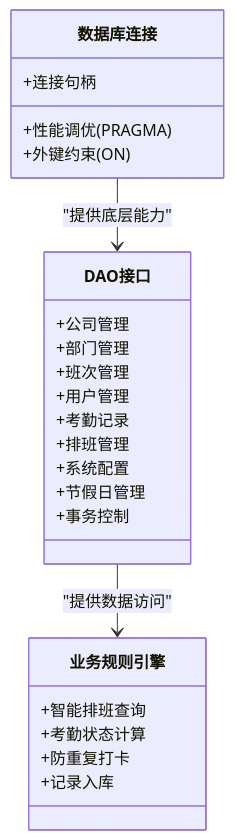
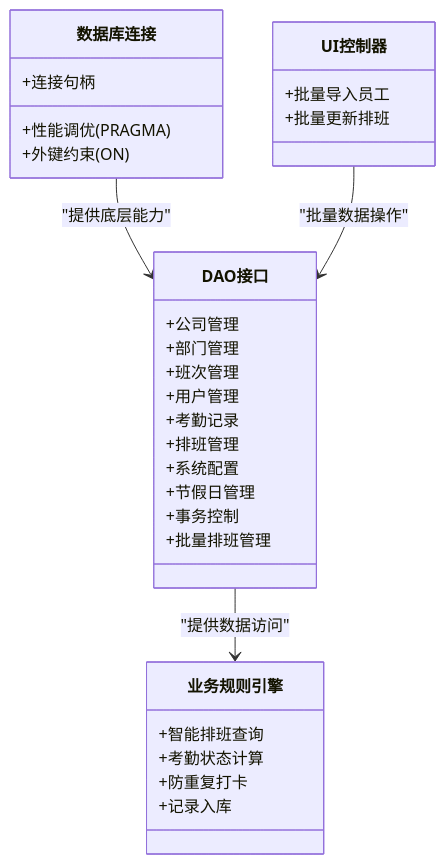
The second of 4 diagrams in .qoder/repowiki/zh/content/数据库设计.md (Drunk552/SmartAttendance), drawn with Mermaid before and after one commit. The commit also changed other lines of this file and 13 other files, not shown here.

````diff
--- a/.qoder/repowiki/zh/content/数据库设计.md
+++ b/.qoder/repowiki/zh/content/数据库设计.md
@@ -87,27 +96,33 @@
 ```mermaid
 classDiagram
 class 数据库连接 {
 +连接句柄
 +性能调优(PRAGMA)
 +外键约束(ON)
 }
 class DAO接口 {
 +公司管理
 +部门管理
 +班次管理
 +用户管理
 +考勤记录
 +排班管理
 +系统配置
 +节假日管理
 +事务控制
++批量排班管理
 }
 class 业务规则引擎 {
 +智能排班查询
 +考勤状态计算
 +防重复打卡
 +记录入库
 }
+class UI控制器 {
++批量导入员工
++批量更新排班
+}
 数据库连接 --> DAO接口 : "提供底层能力"
 DAO接口 --> 业务规则引擎 : "提供数据访问"
+UI控制器 --> DAO接口 : "批量数据操作"
 ```
````
